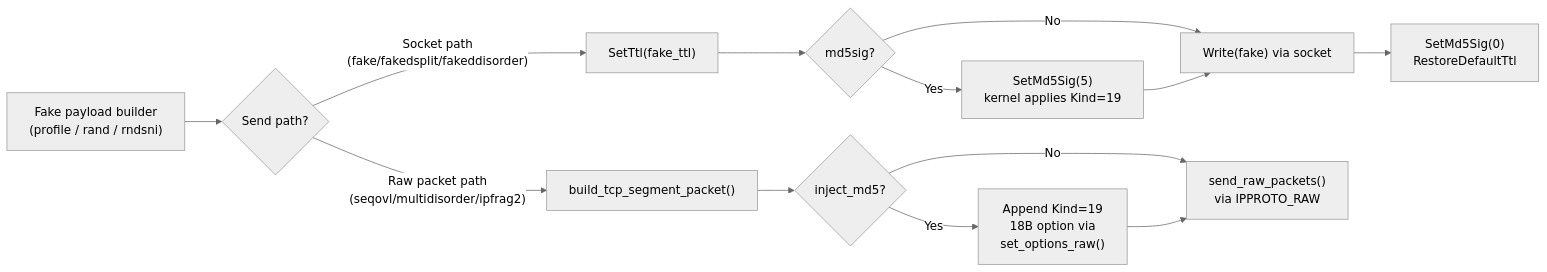
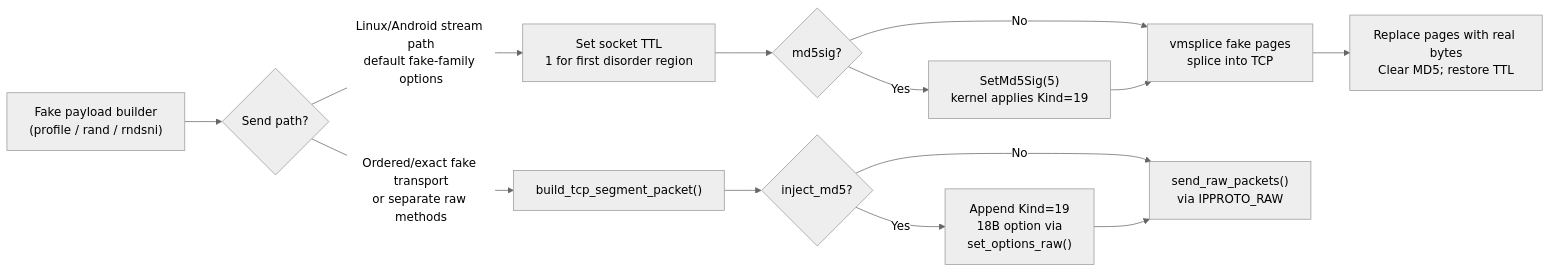
One commit to po4yka/RIPDPI changed the third of 6 diagrams in docs/native/proxy-engine.md. Above: the diagram before and after it, drawn with Mermaid (neutral theme). The commit also changed other lines of this file and 3 other files, not shown here.

Commit message:
docs(desync): distinguish fake transport capability paths

````diff
--- a/docs/native/proxy-engine.md
+++ b/docs/native/proxy-engine.md
@@ -535,16 +536,16 @@
 ```mermaid
 flowchart LR
     FP["Fake payload builder\n(profile / rand / rndsni)"] --> SP{"Send path?"}
-    SP -- "Socket path\n(fake/fakedsplit/fakeddisorder)" --> S1["SetTtl(fake_ttl)"]
+    SP -- "Linux/Android stream path\ndefault fake-family options" --> S1["Set socket TTL\n1 for first disorder region"]
     S1 --> S2{"md5sig?"}
     S2 -- Yes --> S3["SetMd5Sig(5)\nkernel applies Kind=19"]
-    S2 -- No --> S4["Write(fake) via socket"]
+    S2 -- No --> S4["vmsplice fake pages\nsplice into TCP"]
     S3 --> S4
-    S4 --> S5["SetMd5Sig(0)\nRestoreDefaultTtl"]
+    S4 --> S5["Replace pages with real bytes\nClear MD5; restore TTL"]
 
-    SP -- "Raw packet path\n(seqovl/multidisorder/ipfrag2)" --> R1["build_tcp_segment_packet()"]
+    SP -- "Ordered/exact fake transport\nor separate raw methods" --> R1["build_tcp_segment_packet()"]
     R1 --> R2{"inject_md5?"}
     R2 -- Yes --> R3["Append Kind=19\n18B option via\nset_options_raw()"]
     R2 -- No --> R4["send_raw_packets()\nvia IPPROTO_RAW"]
     R3 --> R4
 ```
````
